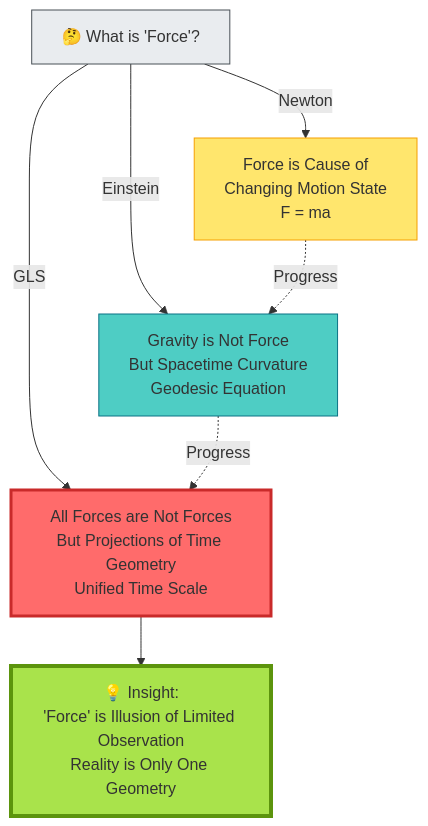
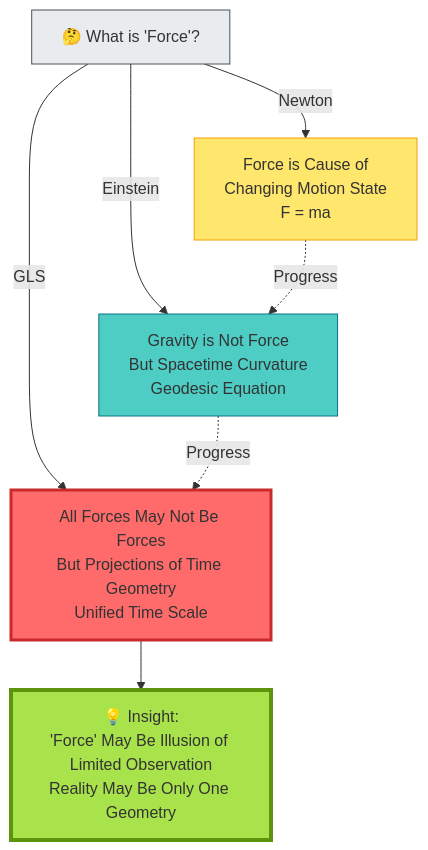
Before and after one commit to loning/zeckendorf-hilbert: diagram 13 of 14 in docs/euler-article/gls-union/05-unified-time/09-time-geometry-interaction_en.md, drawn with Mermaid. The commit also changed other lines of this file and 111 other files, not shown here.

````diff
--- a/docs/euler-article/gls-union/05-unified-time/09-time-geometry-interaction_en.md
+++ b/docs/euler-article/gls-union/05-unified-time/09-time-geometry-interaction_en.md
@@ -462,19 +462,19 @@
 ```mermaid
 graph TB
     Question["🤔 What is 'Force'?"]
 
     Question -->|Newton| Newton["Force is Cause of<br/>Changing Motion State<br/>F = ma"]
     Question -->|Einstein| Einstein["Gravity is Not Force<br/>But Spacetime Curvature<br/>Geodesic Equation"]
-    Question -->|GLS| GLS["All Forces are Not Forces<br/>But Projections of Time Geometry<br/>Unified Time Scale"]
+    Question -->|GLS| GLS["All Forces May Not Be Forces<br/>But Projections of Time Geometry<br/>Unified Time Scale"]
 
     Newton -.->|Progress| Einstein
     Einstein -.->|Progress| GLS
 
-    GLS --> Insight["💡 Insight:<br/>'Force' is Illusion of Limited Observation<br/>Reality is Only One Geometry"]
+    GLS --> Insight["💡 Insight:<br/>'Force' May Be Illusion of Limited Observation<br/>Reality May Be Only One Geometry"]
 
     style Question fill:#e9ecef,stroke:#495057
     style Newton fill:#ffe66d,stroke:#f59f00
     style Einstein fill:#4ecdc4,stroke:#0b7285
     style GLS fill:#ff6b6b,stroke:#c92a2a,stroke-width:3px
     style Insight fill:#a9e34b,stroke:#5c940d,stroke-width:4px
 ```
````
